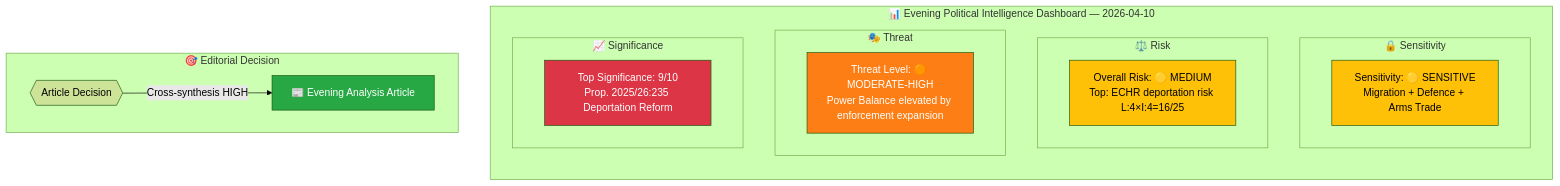
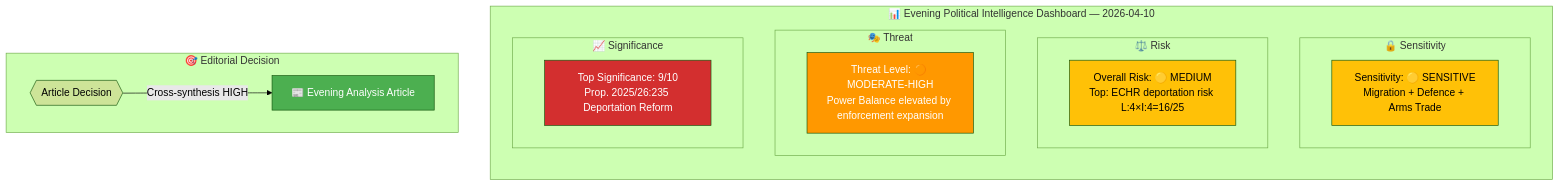
The first of 2 diagrams in analysis/daily/2026-04-10/evening-analysis/synthesis-summary.md (Hack23/riksdagsmonitor), drawn with Mermaid (forest theme) before and after one commit. The commit also changed other lines of this file and 785 other files, not shown here.

First line of the commit message:
Normalize mermaid colors across 786 analysis artifacts to ISMS Style Guide palette

````diff
--- a/analysis/daily/2026-04-10/evening-analysis/synthesis-summary.md
+++ b/analysis/daily/2026-04-10/evening-analysis/synthesis-summary.md
@@ -18,29 +18,29 @@
 ```mermaid
 graph TD
     subgraph "📊 Evening Political Intelligence Dashboard — 2026-04-10"
         direction TB
         subgraph "🔒 Sensitivity"
             CLS["Sensitivity: 🟡 SENSITIVE<br/>Migration + Defence + Arms Trade"]
         end
         subgraph "⚖️ Risk"
             RSK["Overall Risk: 🟡 MEDIUM<br/>Top: ECHR deportation risk L:4×I:4=16/25"]
         end
         subgraph "🎭 Threat"
             THR["Threat Level: 🟠 MODERATE-HIGH<br/>Power Balance elevated by enforcement expansion"]
         end
         subgraph "📈 Significance"
             SIG["Top Significance: 9/10<br/>Prop. 2025/26:235 Deportation Reform"]
         end
     end
 
     subgraph "🎯 Editorial Decision"
         DEC{{"Article Decision"}}
         DEC -->|"Cross-synthesis HIGH"| STD["📰 Evening Analysis Article"]
     end
 
-    style CLS fill:#ffc107,color:#000
-    style RSK fill:#ffc107,color:#000
-    style THR fill:#fd7e14,color:#fff
-    style SIG fill:#dc3545,color:#fff
-    style STD fill:#28a745,color:#fff
+    style CLS fill:#FFC107,color:#000000
+    style RSK fill:#FFC107,color:#000000
+    style THR fill:#FF9800,color:#FFFFFF
+    style SIG fill:#D32F2F,color:#FFFFFF
+    style STD fill:#4CAF50,color:#FFFFFF
 ```
````
